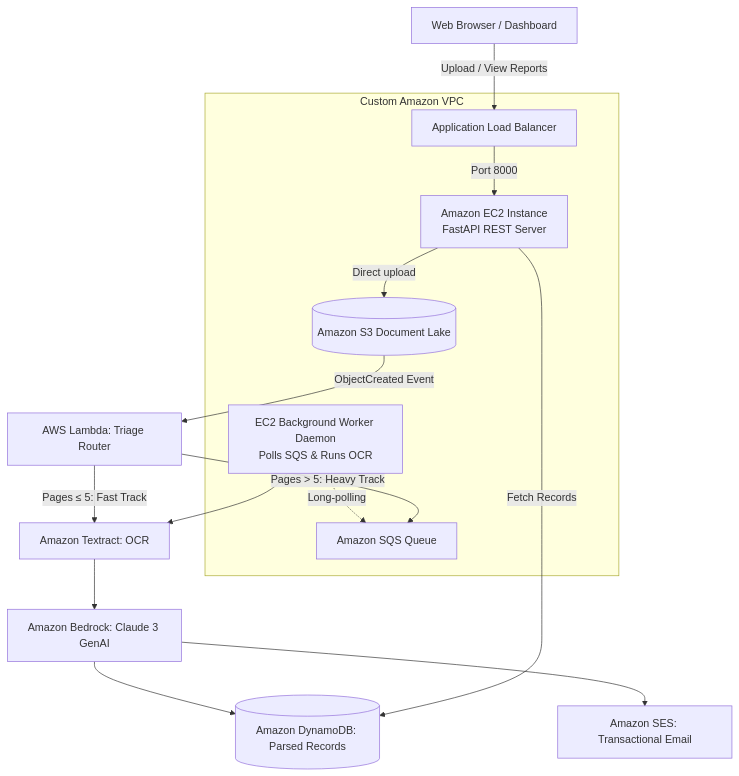
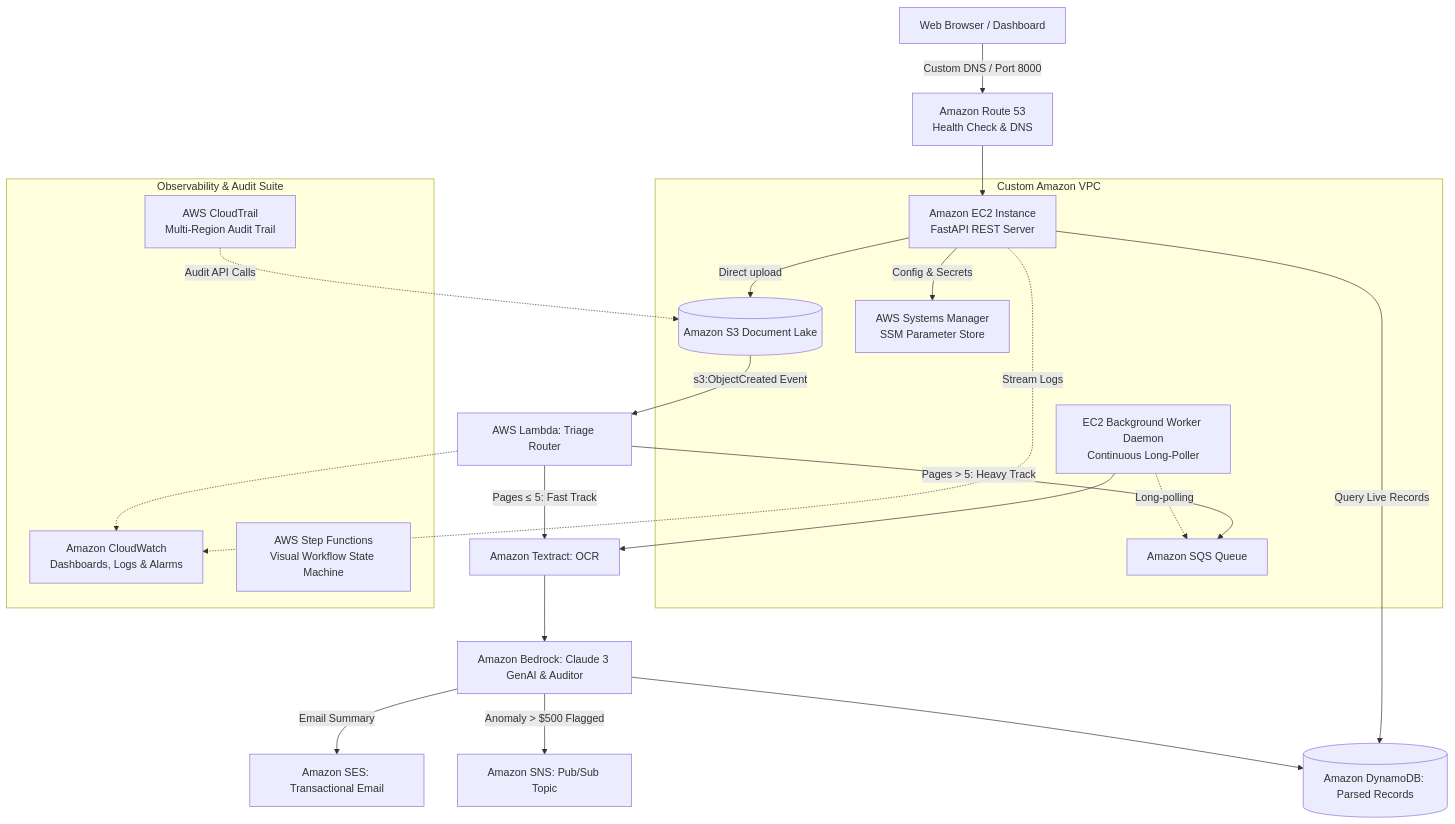
One commit to AnZul77/Cloud_Project changed the diagram in README.md. Above: the diagram before and after it, drawn with Mermaid. The commit also changed other lines of this file and 9 other files, not shown here.

Commit message:
feat: complete 14-service enterprise AWS architecture with CloudWatch, CloudTrail, Route 53, SNS, SSM, Step Functions, and custom domain

````diff
--- a/README.md
+++ b/README.md
@@ -15,23 +27,35 @@
 ```mermaid
 flowchart TD
-    Client[Web Browser / Dashboard] -->|Upload / View Reports| ALB[Application Load Balancer]
+    Client[Web Browser / Dashboard] -->|Custom DNS / Port 8000| Route53[Amazon Route 53<br>Health Check & DNS]
+    Route53 --> EC2[Amazon EC2 Instance<br>FastAPI REST Server]
     
     subgraph VPC [Custom Amazon VPC]
-        ALB -->|Port 8000| EC2[Amazon EC2 Instance<br>FastAPI REST Server]
         EC2 -->|Direct upload| S3[(Amazon S3 Document Lake)]
-        EC2Worker[EC2 Background Worker Daemon<br>Polls SQS & Runs OCR] -.->|Long-polling| SQS[Amazon SQS Queue]
+        EC2 -->|Config & Secrets| SSM[AWS Systems Manager<br>SSM Parameter Store]
+        EC2Worker[EC2 Background Worker Daemon<br>Continuous Long-Poller] -.->|Long-polling| SQS[Amazon SQS Queue]
     end
 
-    S3 -->|ObjectCreated Event| LambdaTriage[AWS Lambda: Triage Router]
+    S3 -->|s3:ObjectCreated Event| LambdaTriage[AWS Lambda: Triage Router]
     
     LambdaTriage -->|Pages &le; 5: Fast Track| Textract[Amazon Textract: OCR]
     LambdaTriage -->|Pages &gt; 5: Heavy Track| SQS
     
     EC2Worker --> Textract
-    Textract --> Bedrock[Amazon Bedrock: Claude 3 GenAI]
+    Textract --> Bedrock[Amazon Bedrock: Claude 3 GenAI & Auditor]
     
     Bedrock --> DynamoDB[(Amazon DynamoDB: Parsed Records)]
-    Bedrock --> SES[Amazon SES: Transactional Email]
+    Bedrock -->|Anomaly &gt; $500 Flagged| SNS[Amazon SNS: Pub/Sub Topic]
+    Bedrock -->|Email Summary| SES[Amazon SES: Transactional Email]
     
-    EC2 -->|Fetch Records| DynamoDB
+    EC2 -->|Query Live Records| DynamoDB
+    
+    subgraph Governance [Observability & Audit Suite]
+        CloudWatch[Amazon CloudWatch<br>Dashboards, Logs & Alarms]
+        CloudTrail[AWS CloudTrail<br>Multi-Region Audit Trail]
+        StepFunctions[AWS Step Functions<br>Visual Workflow State Machine]
+    end
+    
+    EC2 -.->|Stream Logs| CloudWatch
+    LambdaTriage -.-> CloudWatch
+    CloudTrail -.->|Audit API Calls| S3
 ```
````
